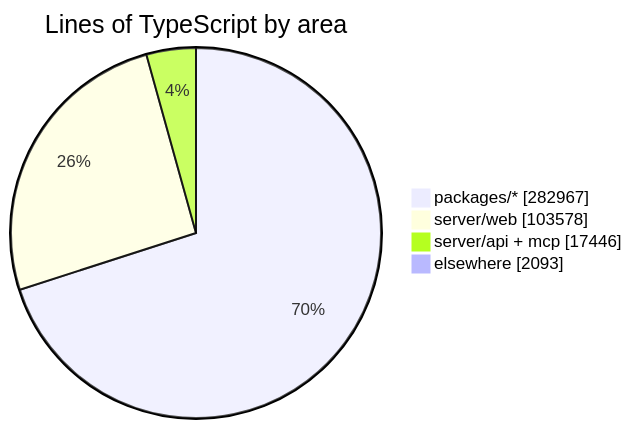
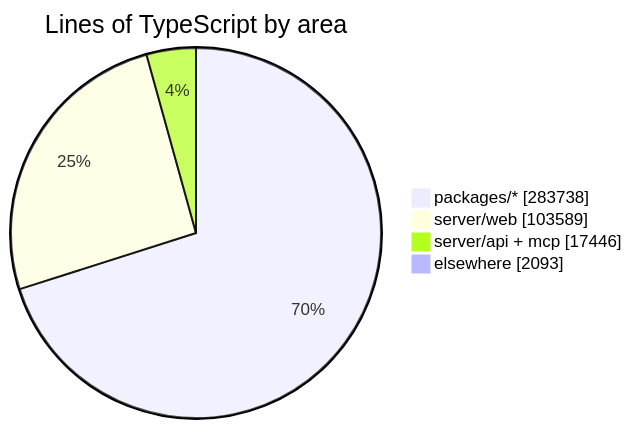
One commit to crossworks-engineering/mantle changed the diagram in README.md. Above: the diagram before and after it, drawn with Mermaid. The commit also changed other lines of this file and 2 other files, not shown here.

````diff
--- a/README.md
+++ b/README.md
@@ -294,7 +294,7 @@
 ```mermaid
 pie showData title Lines of TypeScript by area
-    "packages/*" : 282967
-    "server/web" : 103578
+    "packages/*" : 283738
+    "server/web" : 103589
     "server/api + mcp" : 17446
     "elsewhere" : 2093
 ```
````
